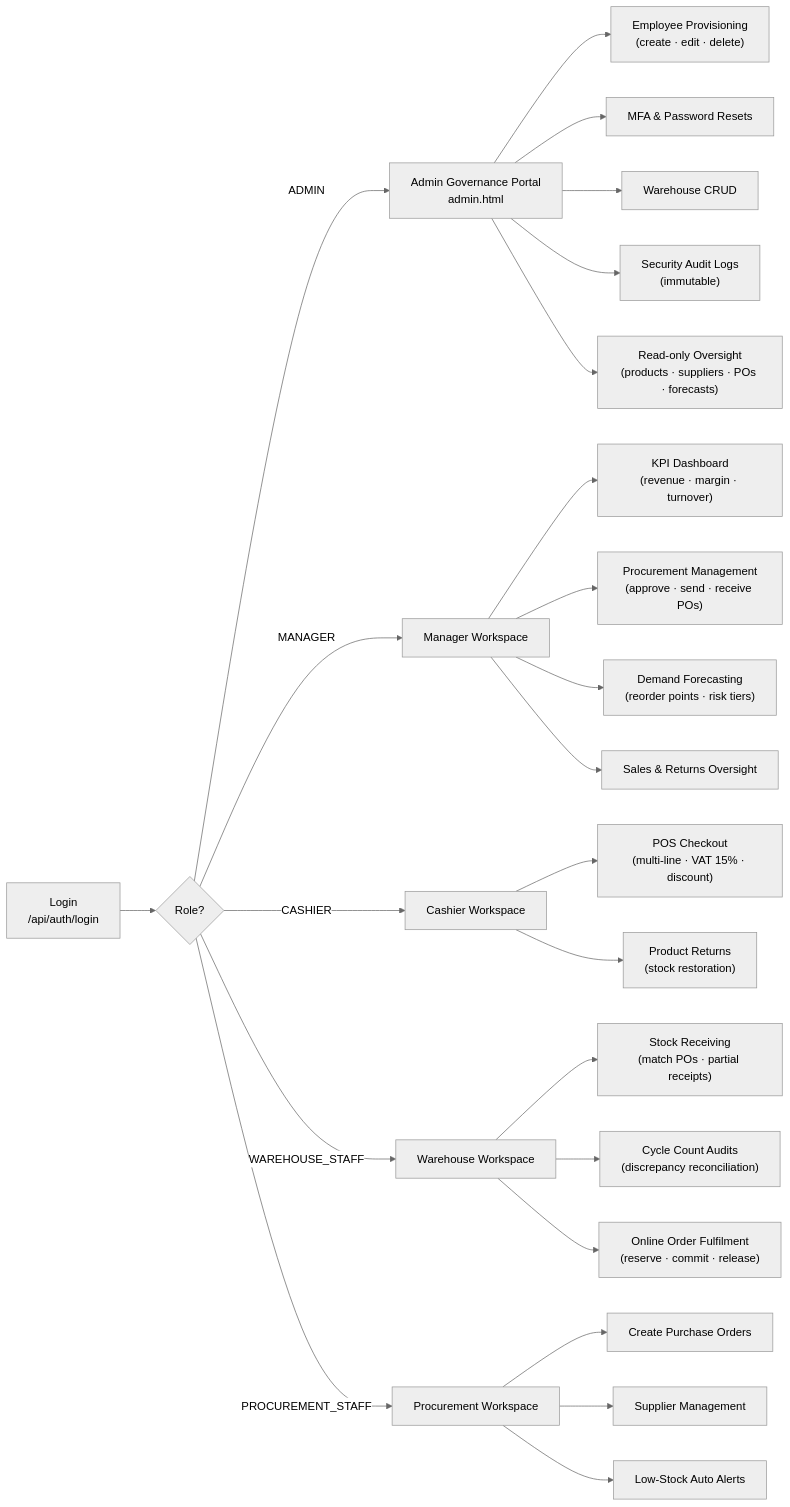
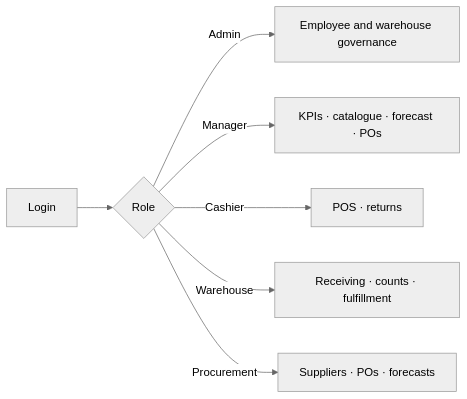
Before and after one commit to sibbsagentmathonsi-hash/NPRT630: the third of 5 diagrams in Code/README.md, drawn with Mermaid (neutral theme). The commit also changed other lines of this file and 77 other files, not shown here.

````diff
--- a/Code/README.md
+++ b/Code/README.md
@@ -179,32 +158,9 @@
 ```mermaid
 flowchart LR
-    LOGIN["Login\n/api/auth/login"] --> ROLE{Role?}
-
-    ROLE -->|ADMIN| ADMIN_WS["Admin Governance Portal\nadmin.html"]
-    ROLE -->|MANAGER| MGR_WS["Manager Workspace"]
-    ROLE -->|CASHIER| CSH_WS["Cashier Workspace"]
-    ROLE -->|WAREHOUSE_STAFF| WRH_WS["Warehouse Workspace"]
-    ROLE -->|PROCUREMENT_STAFF| PRC_WS["Procurement Workspace"]
-
-    ADMIN_WS --> A1["Employee Provisioning\n(create · edit · delete)"]
-    ADMIN_WS --> A2["MFA & Password Resets"]
-    ADMIN_WS --> A3["Warehouse CRUD"]
-    ADMIN_WS --> A4["Security Audit Logs\n(immutable)"]
-    ADMIN_WS --> A5["Read-only Oversight\n(products · suppliers · POs · forecasts)"]
-
-    MGR_WS --> M1["KPI Dashboard\n(revenue · margin · turnover)"]
-    MGR_WS --> M2["Procurement Management\n(approve · send · receive POs)"]
-    MGR_WS --> M3["Demand Forecasting\n(reorder points · risk tiers)"]
-    MGR_WS --> M4["Sales & Returns Oversight"]
-
-    CSH_WS --> C1["POS Checkout\n(multi-line · VAT 15% · discount)"]
-    CSH_WS --> C2["Product Returns\n(stock restoration)"]
-
-    WRH_WS --> W1["Stock Receiving\n(match POs · partial receipts)"]
-    WRH_WS --> W2["Cycle Count Audits\n(discrepancy reconciliation)"]
-    WRH_WS --> W3["Online Order Fulfilment\n(reserve · commit · release)"]
-
-    PRC_WS --> P1["Create Purchase Orders"]
-    PRC_WS --> P2["Supplier Management"]
-    PRC_WS --> P3["Low-Stock Auto Alerts"]
+    LOGIN["Login"] --> ROLE{Role}
+    ROLE -->|Admin| ADMIN["Employee and warehouse governance"]
+    ROLE -->|Manager| MANAGER["KPIs · catalogue · forecast · POs"]
+    ROLE -->|Cashier| CASHIER["POS · returns"]
+    ROLE -->|Warehouse| WAREHOUSE["Receiving · counts · fulfillment"]
+    ROLE -->|Procurement| PROCUREMENT["Suppliers · POs · forecasts"]
 ```
````
